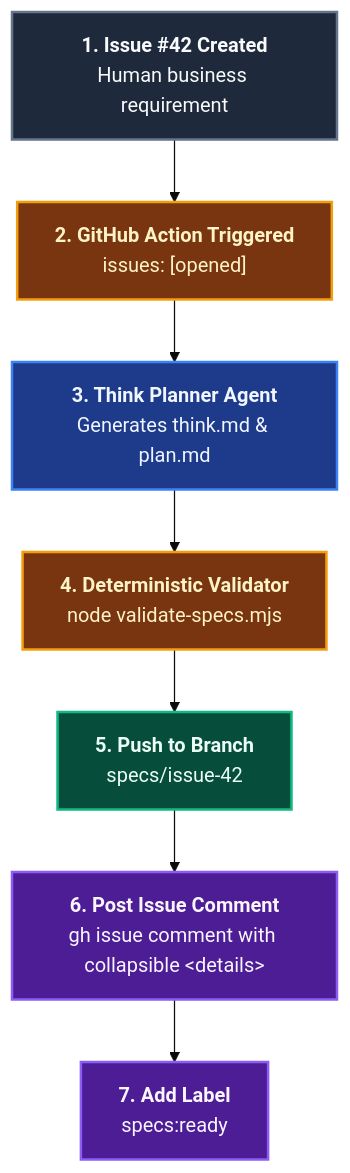
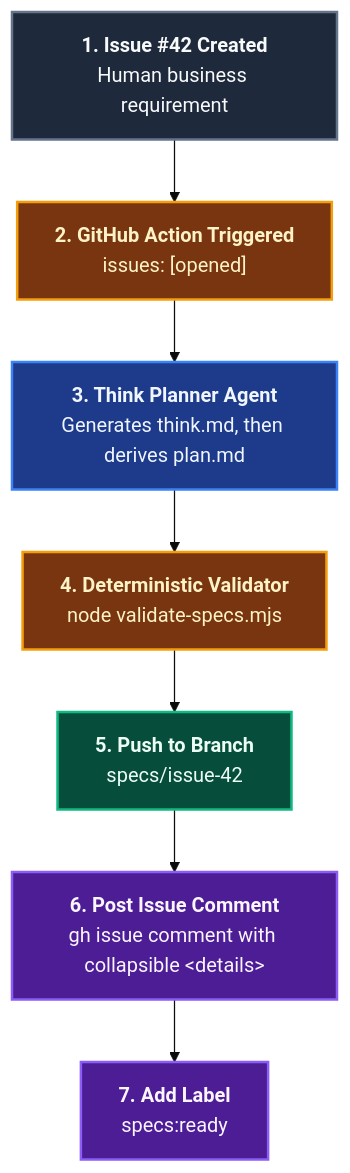
Before and after one commit to ALTEN-group/coding-pal: the second of 2 diagrams in website/docs/guide/domain-think-plan.md, drawn with Mermaid (base theme). The commit also changed other lines of this file and 7 other files, not shown here.

Commit message:
refactor: enhance think-plan documentation and validation processes

````diff
--- a/website/docs/guide/domain-think-plan.md
+++ b/website/docs/guide/domain-think-plan.md
@@ -105,24 +124,24 @@
 ```mermaid
 ---
 caption: GitHub Actions Issue-to-Specification Workflow
 ---
 flowchart TD
     ISSUE["<b>1. Issue #42 Created</b><br/>Human business requirement"] --> ACT["<b>2. GitHub Action Triggered</b><br/>issues: [opened]"]
-    ACT --> AG["<b>3. Think Planner Agent</b><br/>Generates think.md & plan.md"]
+    ACT --> AG["<b>3. Think Planner Agent</b><br/>Generates think.md, then derives plan.md"]
     AG --> VAL["<b>4. Deterministic Validator</b><br/>node validate-specs.mjs"]
     VAL --> BR["<b>5. Push to Branch</b><br/>specs/issue-42"]
     BR --> COM["<b>6. Post Issue Comment</b><br/>gh issue comment with collapsible &lt;details&gt;"]
     COM --> LBL["<b>7. Add Label</b><br/>specs:ready"]
 
     classDef input fill:#1e293b,stroke:#64748b,stroke-width:2px,color:#f8fafc;
     classDef runner fill:#78350f,stroke:#f59e0b,stroke-width:2px,color:#fef3c7;
     classDef agent fill:#1e3a8a,stroke:#3b82f6,stroke-width:2px,color:#eff6ff;
     classDef git fill:#064e3b,stroke:#10b981,stroke-width:2px,color:#ecfdf5;
     classDef notify fill:#4c1d95,stroke:#8b5cf6,stroke-width:2px,color:#faf5ff;
 
     class ISSUE input;
     class ACT,VAL runner;
     class AG agent;
     class BR git;
     class COM,LBL notify;
 ```
````
